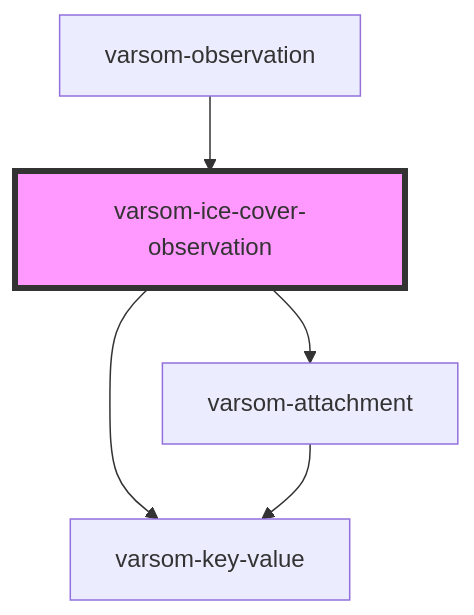
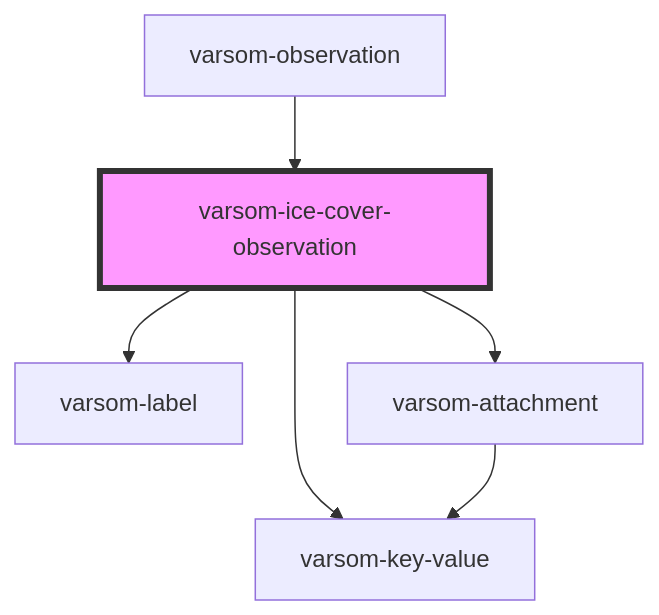
One commit to NVE/varsom-observation changed the diagram in observasjonskort/src/components/varsom-ice-cover-observation/readme.md. Above: the diagram before and after it, drawn with Mermaid. The commit also changed other lines of this file and 17 other files, not shown here.

````diff
--- a/observasjonskort/src/components/varsom-ice-cover-observation/readme.md
+++ b/observasjonskort/src/components/varsom-ice-cover-observation/readme.md
@@ -39,8 +40,9 @@
 ```mermaid
 graph TD;
+  varsom-ice-cover-observation --> varsom-label
   varsom-ice-cover-observation --> varsom-key-value
   varsom-ice-cover-observation --> varsom-attachment
   varsom-attachment --> varsom-key-value
   varsom-observation --> varsom-ice-cover-observation
   style varsom-ice-cover-observation fill:#f9f,stroke:#333,stroke-width:4px
 ```
````
